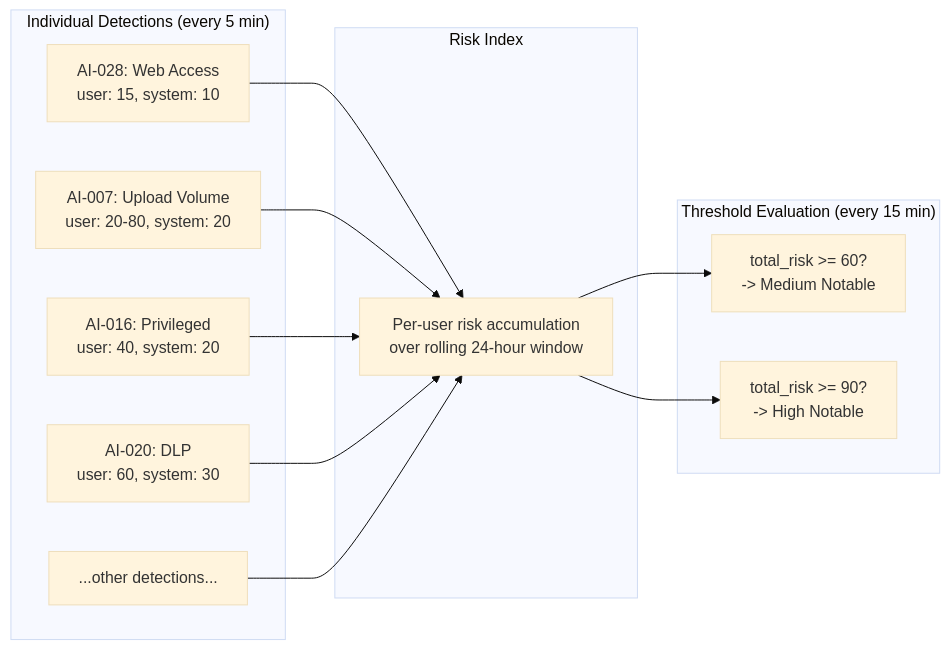
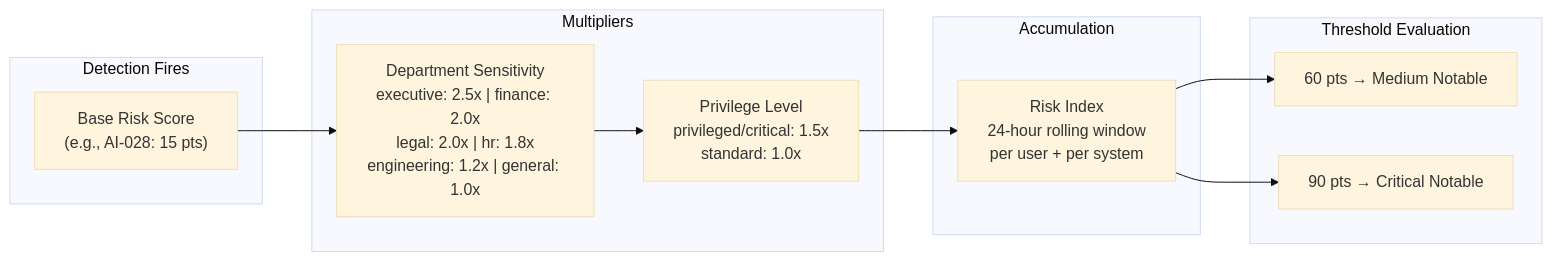
One commit to cybermock/ai-detections changed the third of 5 diagrams in docs/ARCHITECTURE.md. Above: the diagram before and after it, drawn with Mermaid (base theme). The commit also changed other lines of this file and 5 other files, not shown here.

````diff
--- a/docs/ARCHITECTURE.md
+++ b/docs/ARCHITECTURE.md
@@ -103,27 +98,24 @@
 ```mermaid
 flowchart LR
-    subgraph "Individual Detections (every 5 min)"
-        D1["AI-028: Web Access<br/>user: 15, system: 10"]
-        D2["AI-007: Upload Volume<br/>user: 20-80, system: 20"]
-        D3["AI-016: Privileged<br/>user: 40, system: 20"]
-        D4["AI-020: DLP<br/>user: 60, system: 30"]
-        DN["...other detections..."]
+    subgraph "Detection Fires"
+        D["Base Risk Score<br/>(e.g., AI-028: 15 pts)"]
     end
 
-    subgraph "Risk Index"
-        RI["Per-user risk accumulation<br/>over rolling 24-hour window"]
+    subgraph "Multipliers"
+        DEPT["Department Sensitivity<br/>executive: 2.5x | finance: 2.0x<br/>legal: 2.0x | hr: 1.8x<br/>engineering: 1.2x | general: 1.0x"]
+        PRIV["Privilege Level<br/>privileged/critical: 1.5x<br/>standard: 1.0x"]
     end
 
-    subgraph "Threshold Evaluation (every 15 min)"
-        T1["total_risk >= 60?<br/>-> Medium Notable"]
-        T2["total_risk >= 90?<br/>-> High Notable"]
+    subgraph "Accumulation"
+        RI["Risk Index<br/>24-hour rolling window<br/>per user + per system"]
     end
 
-    D1 --> RI
-    D2 --> RI
-    D3 --> RI
-    D4 --> RI
-    DN --> RI
-    RI --> T1
-    RI --> T2
+    subgraph "Threshold Evaluation"
+        T60["60 pts → Medium Notable"]
+        T90["90 pts → Critical Notable"]
+    end
+
+    D --> DEPT --> PRIV --> RI
+    RI --> T60
+    RI --> T90
 ```
````
